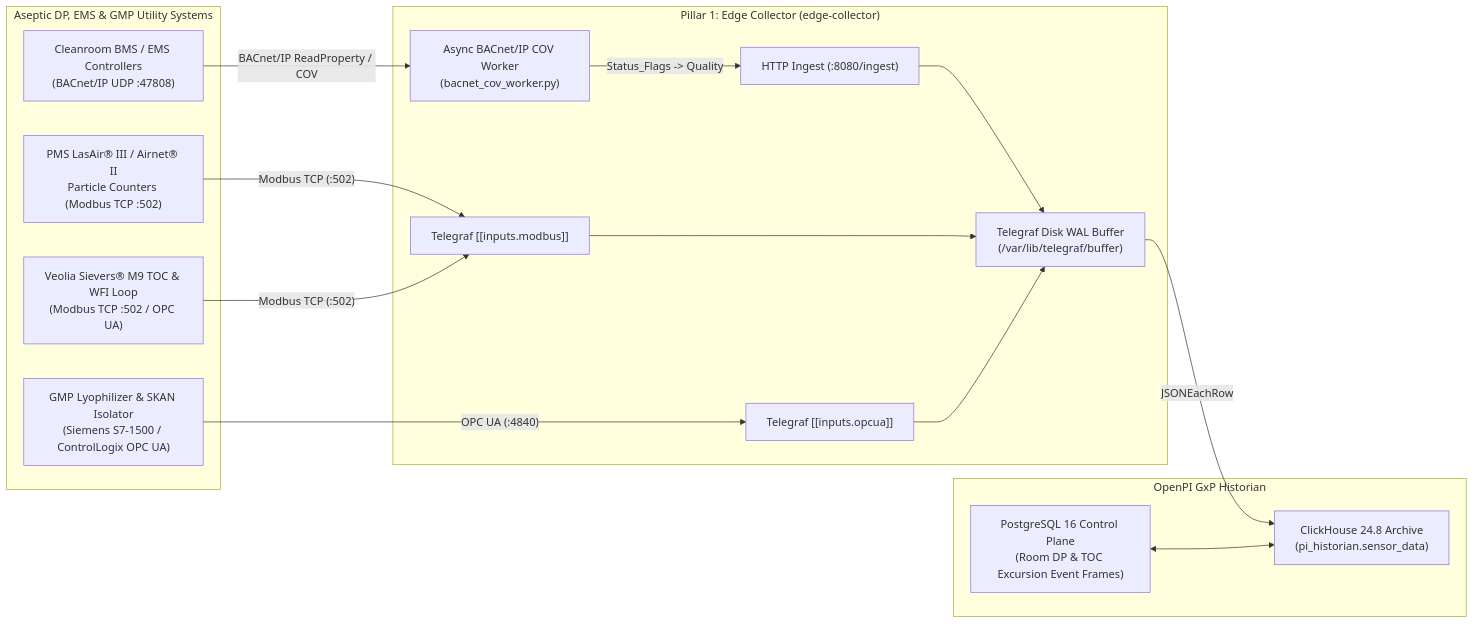
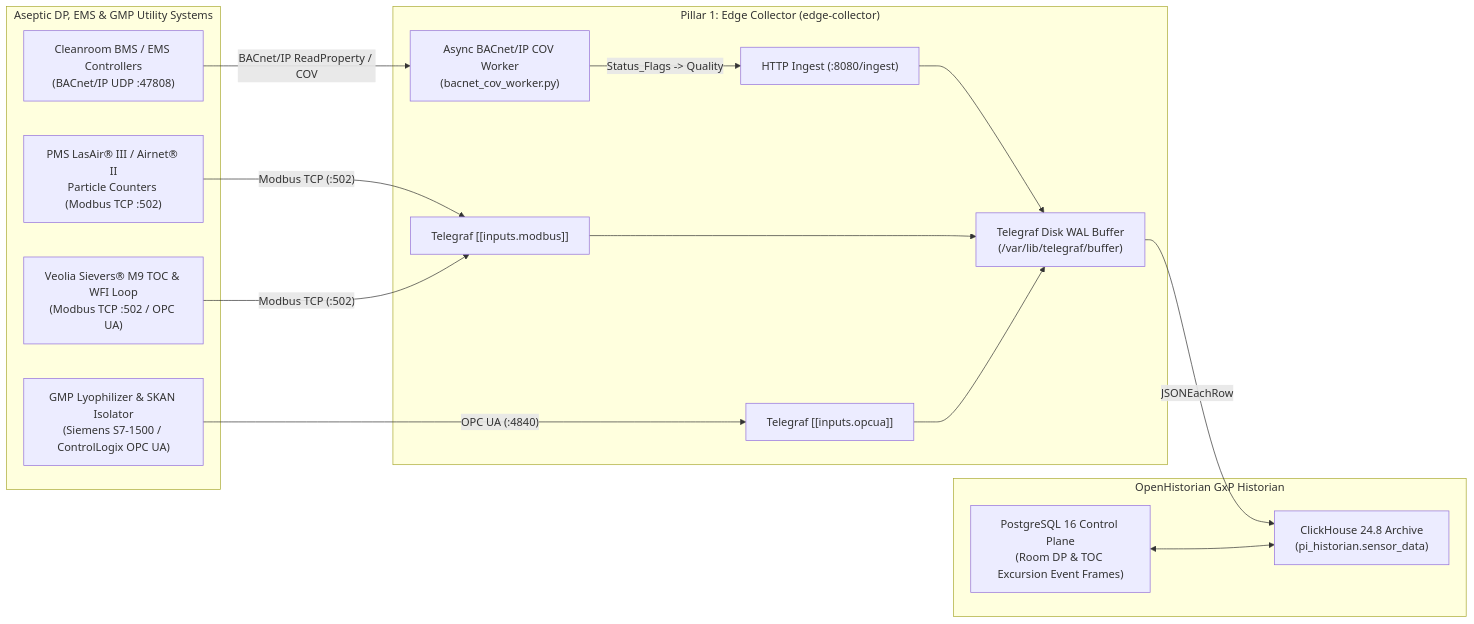
One commit to saram-io/gxp-historian changed the diagram in docs/ASEPTIC_FILL_FINISH_LYO_AND_GMP_UTILITIES.md. Above: the diagram before and after it, drawn with Mermaid. The commit also changed other lines of this file and 27 other files, not shown here.

Commit message:
Rebrand OpenPI to OpenHistorian across codebase, HMI, Excel UDFs, docs, and GxP validation binder

````diff
--- a/docs/ASEPTIC_FILL_FINISH_LYO_AND_GMP_UTILITIES.md
+++ b/docs/ASEPTIC_FILL_FINISH_LYO_AND_GMP_UTILITIES.md
@@ -20,32 +20,32 @@
 ```mermaid
 flowchart LR
   subgraph DP_Fac["Aseptic DP, EMS & GMP Utility Systems"]
     LYO["GMP Lyophilizer & SKAN Isolator\n(Siemens S7-1500 / ControlLogix OPC UA)"]
     BMS["Cleanroom BMS / EMS Controllers\n(BACnet/IP UDP :47808)"]
     APC["PMS LasAir® III / Airnet® II\nParticle Counters (Modbus TCP :502)"]
     TOC["Veolia Sievers® M9 TOC & WFI Loop\n(Modbus TCP :502 / OPC UA)"]
   end
 
   subgraph Edge["Pillar 1: Edge Collector (edge-collector)"]
     BAC["Async BACnet/IP COV Worker\n(bacnet_cov_worker.py)"]
     MOD["Telegraf [[inputs.modbus]]"]
     OPCUA["Telegraf [[inputs.opcua]]"]
     ING["HTTP Ingest (:8080/ingest)"]
     WAL["Telegraf Disk WAL Buffer\n(/var/lib/telegraf/buffer)"]
     BAC -->|"Status_Flags -> Quality"| ING --> WAL
     MOD --> WAL
     OPCUA --> WAL
   end
 
-  subgraph Core["OpenPI GxP Historian"]
+  subgraph Core["OpenHistorian GxP Historian"]
     CH["ClickHouse 24.8 Archive\n(pi_historian.sensor_data)"]
     PG["PostgreSQL 16 Control Plane\n(Room DP & TOC Excursion Event Frames)"]
   end
 
   LYO -->|"OPC UA (:4840)"| OPCUA
   BMS -->|"BACnet/IP ReadProperty / COV"| BAC
   APC -->|"Modbus TCP (:502)"| MOD
   TOC -->|"Modbus TCP (:502)"| MOD
   WAL -->|"JSONEachRow"| CH
   PG <--> CH
 ```
````
